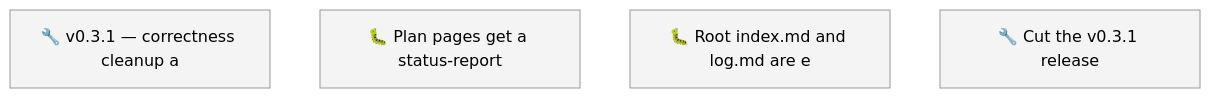
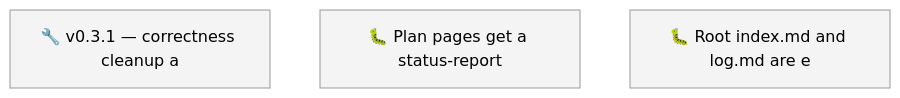
Before and after one commit to SpillwaveSolutions/okf-plugin: the first of 2 diagrams in docs/roadmap.md, drawn with Mermaid (neutral theme). The commit also changed other lines of this file and 9 other files, not shown here.

````diff
--- a/docs/roadmap.md
+++ b/docs/roadmap.md
@@ -49,9 +47,8 @@
 ```mermaid
 graph TD
     01KZ2CAAT5G2ND3RAF4TAXR5B9["🔧 v0.3.1 — correctness cleanup a"]
     01KZ2CYK20RWGPSEE6VGZ3NHBP["🐛 Plan pages get a status-report"]
     01KZ2D6MDDCY9G6B3EE33DRZJA["🐛 Root index.md and log.md are e"]
-    01KZ2D6MNZR1EKFTS3CZ8HP0GQ["🔧 Cut the v0.3.1 release"]
     classDef todo fill:#f4f4f4,stroke:#999999
-    class 01KZ2CAAT5G2ND3RAF4TAXR5B9,01KZ2CYK20RWGPSEE6VGZ3NHBP,01KZ2D6MDDCY9G6B3EE33DRZJA,01KZ2D6MNZR1EKFTS3CZ8HP0GQ todo
+    class 01KZ2CAAT5G2ND3RAF4TAXR5B9,01KZ2CYK20RWGPSEE6VGZ3NHBP,01KZ2D6MDDCY9G6B3EE33DRZJA todo
 ```
````
